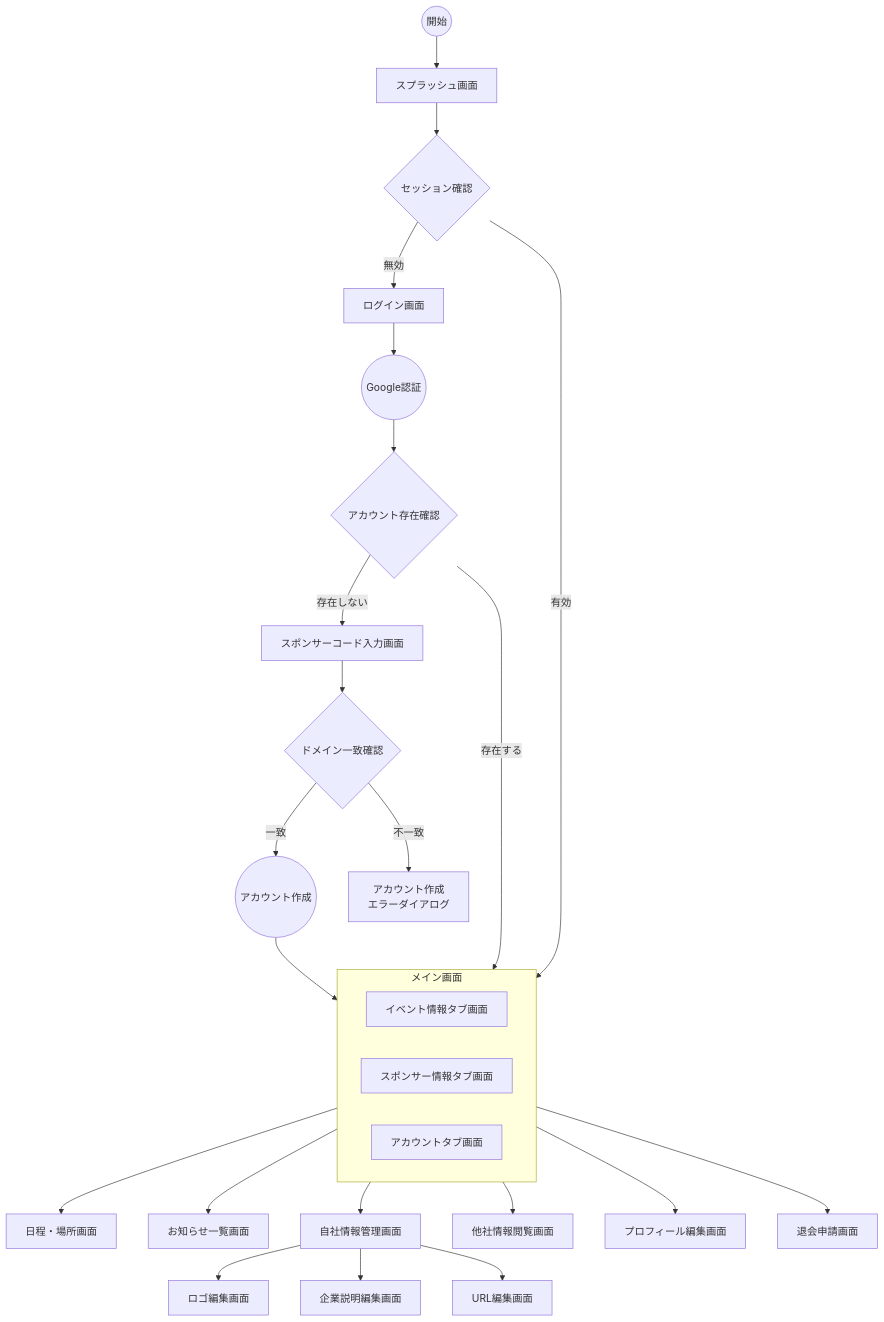
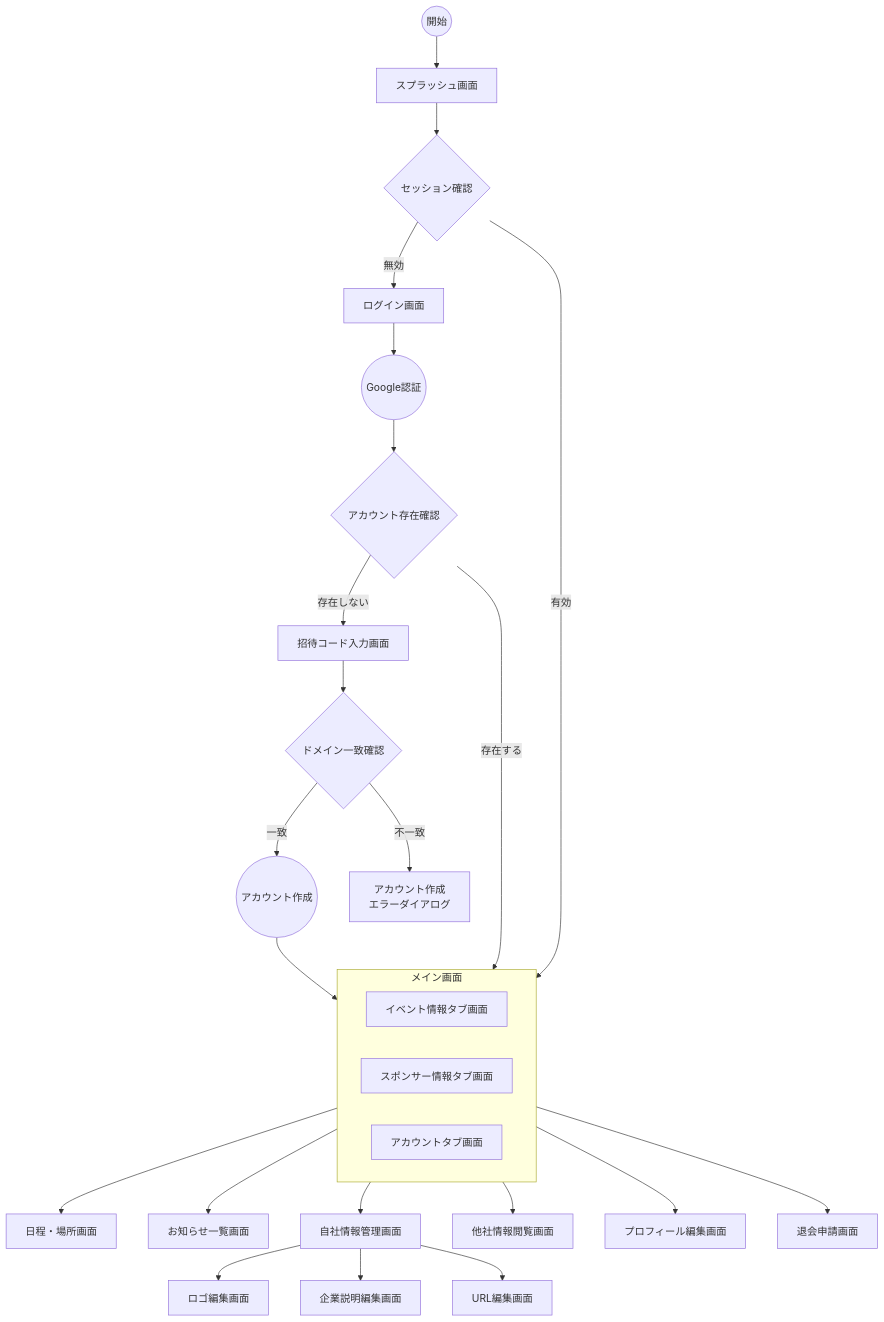
Before and after one commit to FlutterKaigi/2025: the diagram in docs/dashboard/SCREENS.md, drawn with Mermaid. The commit also changed other lines of this file, not shown here.

Commit message:
docs: スポンサーコード入力画面の名前を招待コード入力画面に変更

````diff
--- a/docs/dashboard/SCREENS.md
+++ b/docs/dashboard/SCREENS.md
@@ -55,40 +55,40 @@
 ```mermaid
 flowchart TD
     Start((開始)) --> Splash[スプラッシュ画面]
     Splash --> SessionCheck{セッション確認}
     SessionCheck --> |有効| EventInfo[イベント情報タブ画面]
     SessionCheck --> |無効| Login[ログイン画面]
     
     %% 認証フロー
     Login --> GoogleAuth((Google認証))
     GoogleAuth --> AccountCheck{アカウント存在確認}
     AccountCheck --> |存在する| EventInfo[イベント情報タブ画面]
-    AccountCheck --> |存在しない| SponsorCode[スポンサーコード入力画面]
+    AccountCheck --> |存在しない| InvitationCode[招待コード入力画面]
     
     %% 新規登録フロー
-    SponsorCode --> DomainCheck{ドメイン一致確認}
+    InvitationCode --> DomainCheck{ドメイン一致確認}
     DomainCheck --> |一致| CreateAccount((アカウント作成))
     DomainCheck --> |不一致| RegisterError[アカウント作成<br>エラーダイアログ]
     CreateAccount --> EventInfo
     
     %% メイン画面のタブ構成
     subgraph Main[メイン画面]
       direction LR
       EventInfo[イベント情報タブ画面]
       SponsorInfo[スポンサー情報タブ画面]
       Account[アカウントタブ画面]
     end
 
     EventInfo --> Schedule[日程・場所画面]
     EventInfo --> News[お知らせ一覧画面]
     
     SponsorInfo --> OwnInfo[自社情報管理画面]
     SponsorInfo --> OtherInfo[他社情報閲覧画面]
     
     OwnInfo --> LogoEdit[ロゴ編集画面]
     OwnInfo --> DescEdit[企業説明編集画面]
     OwnInfo --> URLEdit[URL編集画面]
     
     Account --> Profile[プロフィール編集画面]
     Account --> Withdrawal[退会申請画面]
 ```
````
